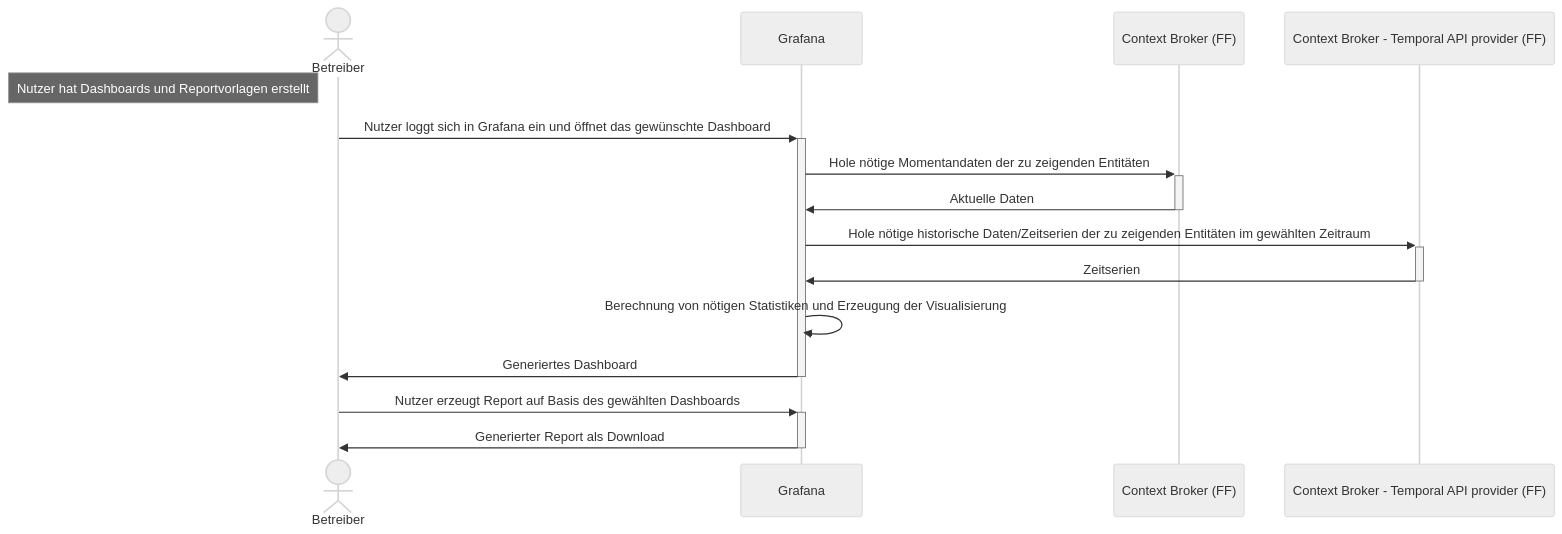
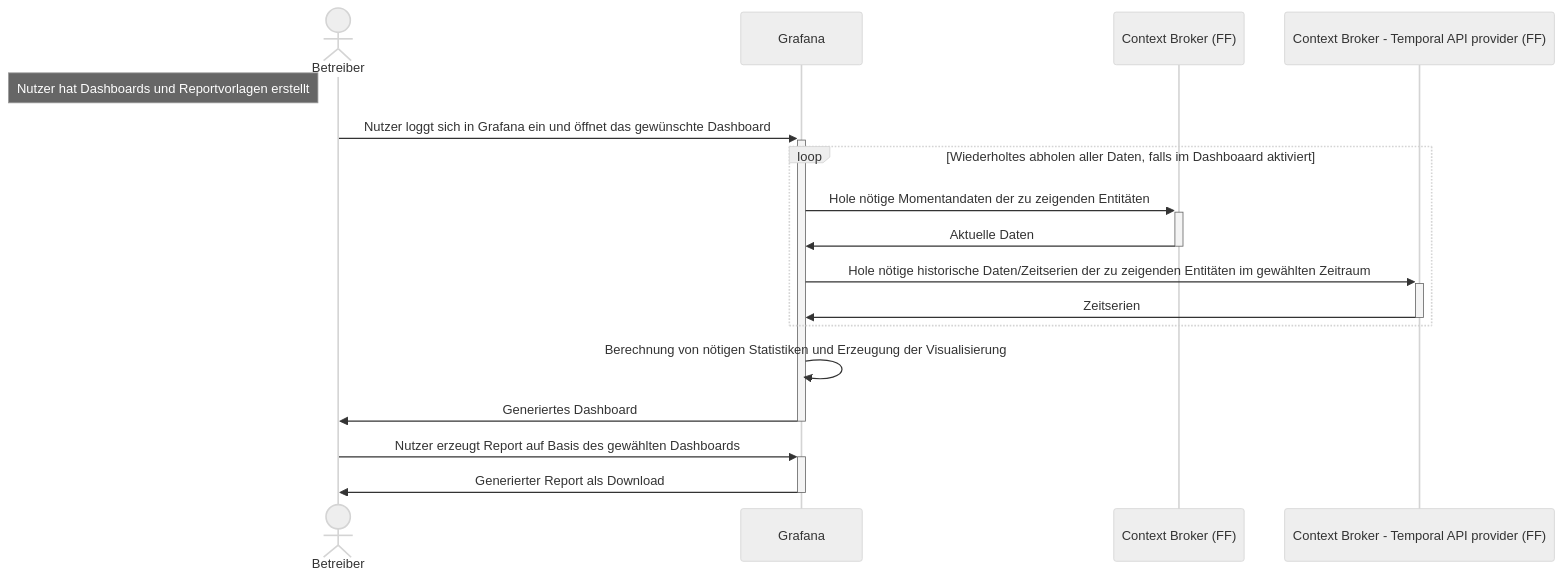
One commit to NeMo-bil/documentation changed the fifth of 5 diagrams in README.md. Above: the diagram before and after it, drawn with Mermaid (neutral theme).

Commit message:
PR remarks

````diff
--- a/README.md
+++ b/README.md
@@ -216,26 +216,28 @@
 ```mermaid
 sequenceDiagram
 %% auskommentieren wenn wir Details zur Kommunikation aufschreiben
 %% autonumber
 %% Benutzer definieren
 %% technische Teilnehmer/Componenten definieren
 
 actor User as Betreiber
 
 participant DASH as Grafana
 participant CB as Context Broker (FF)
 participant CBT as Context Broker - Temporal API provider (FF)
 
 Note left of User: Nutzer hat Dashboards und Reportvorlagen erstellt 
 
 User->>+DASH: Nutzer loggt sich in Grafana ein und öffnet das gewünschte Dashboard
-DASH->>+CB: Hole nötige Momentandaten der zu zeigenden Entitäten
-CB->>-DASH: Aktuelle Daten
-DASH->>+CBT: Hole nötige historische Daten/Zeitserien der zu zeigenden Entitäten im gewählten Zeitraum
-CBT->>-DASH: Zeitserien
+loop Wiederholtes abholen aller Daten, falls im Dashboaard aktiviert
+    DASH->>+CB: Hole nötige Momentandaten der zu zeigenden Entitäten
+    CB->>-DASH: Aktuelle Daten
+    DASH->>+CBT: Hole nötige historische Daten/Zeitserien der zu zeigenden Entitäten im gewählten Zeitraum
+    CBT->>-DASH: Zeitserien
+end
 DASH->>DASH: Berechnung von nötigen Statistiken und Erzeugung der Visualisierung
 DASH->>-User: Generiertes Dashboard
 
 User->>+DASH: Nutzer erzeugt Report auf Basis des gewählten Dashboards
 DASH->>-User: Generierter Report als Download
 ```
````
